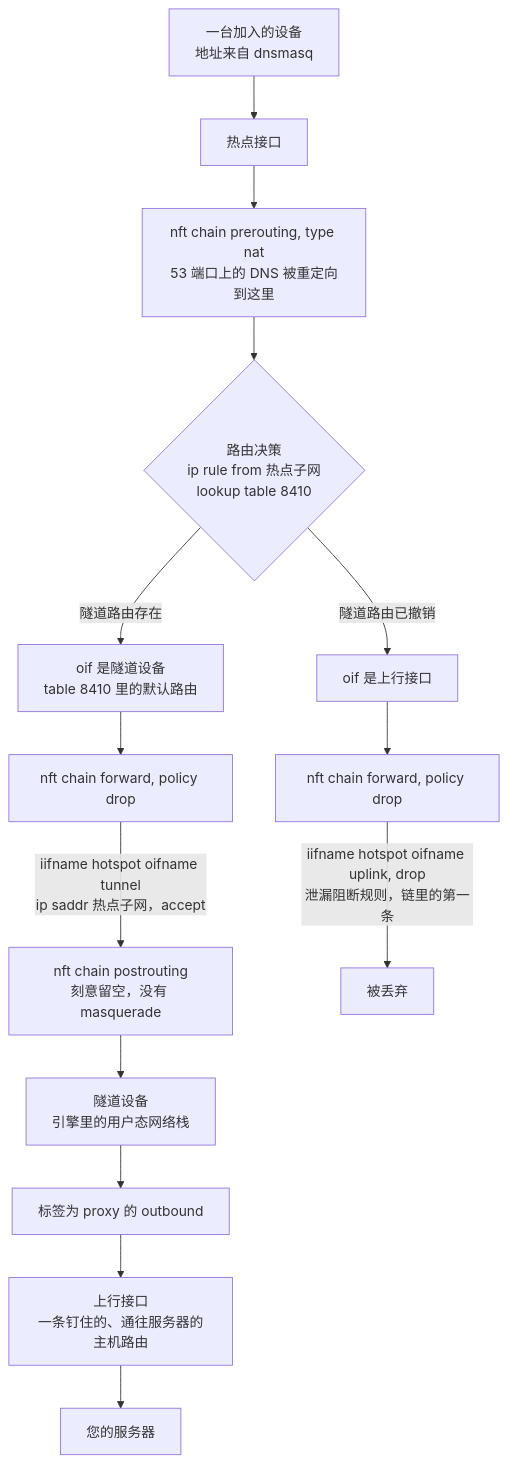
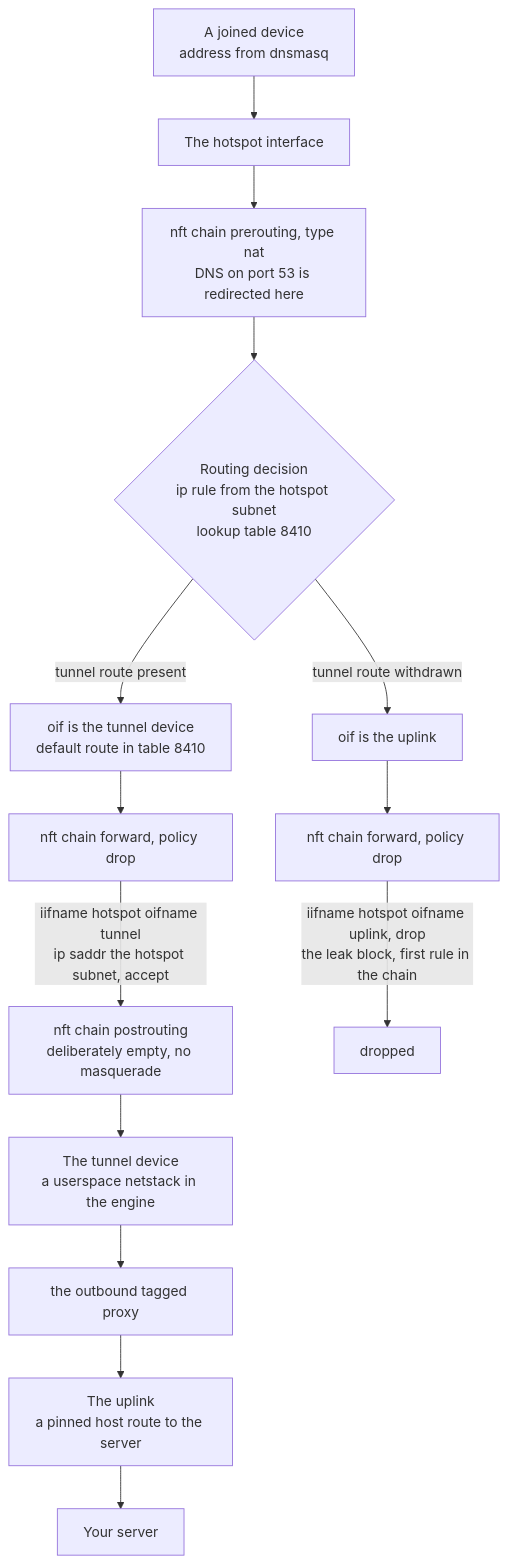
One commit to Iman/caspian changed the fifth of 8 diagrams in docs/wiki/Architecture.zh.md. Above: the diagram before and after it, drawn with Mermaid. The commit also changed other lines of this file and 149 other files, not shown here.

````diff
--- a/docs/wiki/Architecture.zh.md
+++ b/docs/wiki/Architecture.zh.md
@@ -208,16 +232,16 @@
 ```mermaid
 flowchart TB
-    DEV["一台加入的设备<br/>地址来自 dnsmasq"] --> IF["热点接口"]
-    IF --> PRE["nft chain prerouting, type nat<br/>53 端口上的 DNS 被重定向到这里"]
-    PRE --> ROUTE{"路由决策<br/>ip rule from 热点子网<br/>lookup table 8410"}
-    ROUTE -->|"隧道路由存在"| TOTUN["oif 是隧道设备<br/>table 8410 里的默认路由"]
-    ROUTE -->|"隧道路由已撤销"| TOUP["oif 是上行接口"]
+    DEV["A joined device<br/>address from dnsmasq"] --> IF["The hotspot interface"]
+    IF --> PRE["nft chain prerouting, type nat<br/>DNS on port 53 is redirected here"]
+    PRE --> ROUTE{"Routing decision<br/>ip rule from the hotspot subnet<br/>lookup table 8410"}
+    ROUTE -->|"tunnel route present"| TOTUN["oif is the tunnel device<br/>default route in table 8410"]
+    ROUTE -->|"tunnel route withdrawn"| TOUP["oif is the uplink"]
     TOTUN --> FW1["nft chain forward, policy drop"]
     TOUP --> FW2["nft chain forward, policy drop"]
-    FW1 -->|"iifname hotspot oifname tunnel<br/>ip saddr 热点子网，accept"| POST["nft chain postrouting<br/>刻意留空，没有 masquerade"]
-    FW2 -->|"iifname hotspot oifname uplink, drop<br/>泄漏阻断规则，链里的第一条"| DROP["被丢弃"]
-    POST --> TUN["隧道设备<br/>引擎里的用户态网络栈"]
-    TUN --> OB["标签为 proxy 的 outbound"]
-    OB --> UP["上行接口<br/>一条钉住的、通往服务器的主机路由"]
-    UP --> SRV["您的服务器"]
+    FW1 -->|"iifname hotspot oifname tunnel<br/>ip saddr the hotspot subnet, accept"| POST["nft chain postrouting<br/>deliberately empty, no masquerade"]
+    FW2 -->|"iifname hotspot oifname uplink, drop<br/>the leak block, first rule in the chain"| DROP["dropped"]
+    POST --> TUN["The tunnel device<br/>a userspace netstack in the engine"]
+    TUN --> OB["the outbound tagged proxy"]
+    OB --> UP["The uplink<br/>a pinned host route to the server"]
+    UP --> SRV["Your server"]
 ```
````
